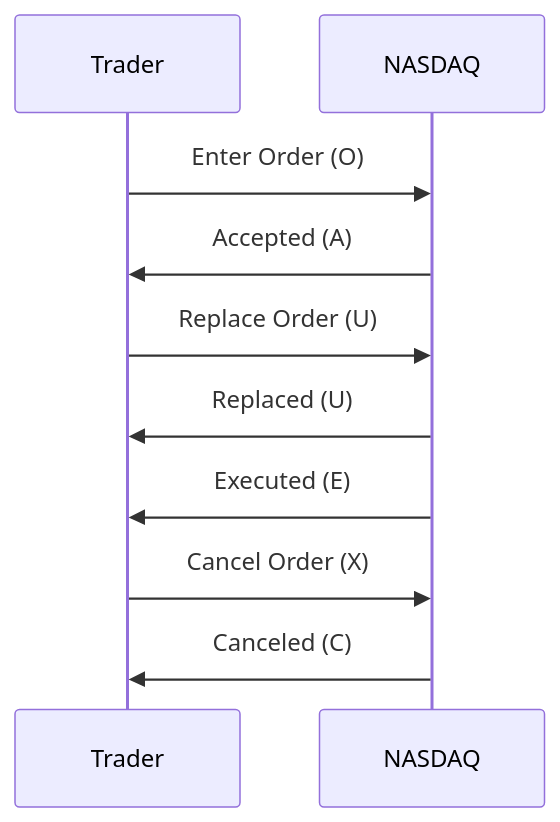
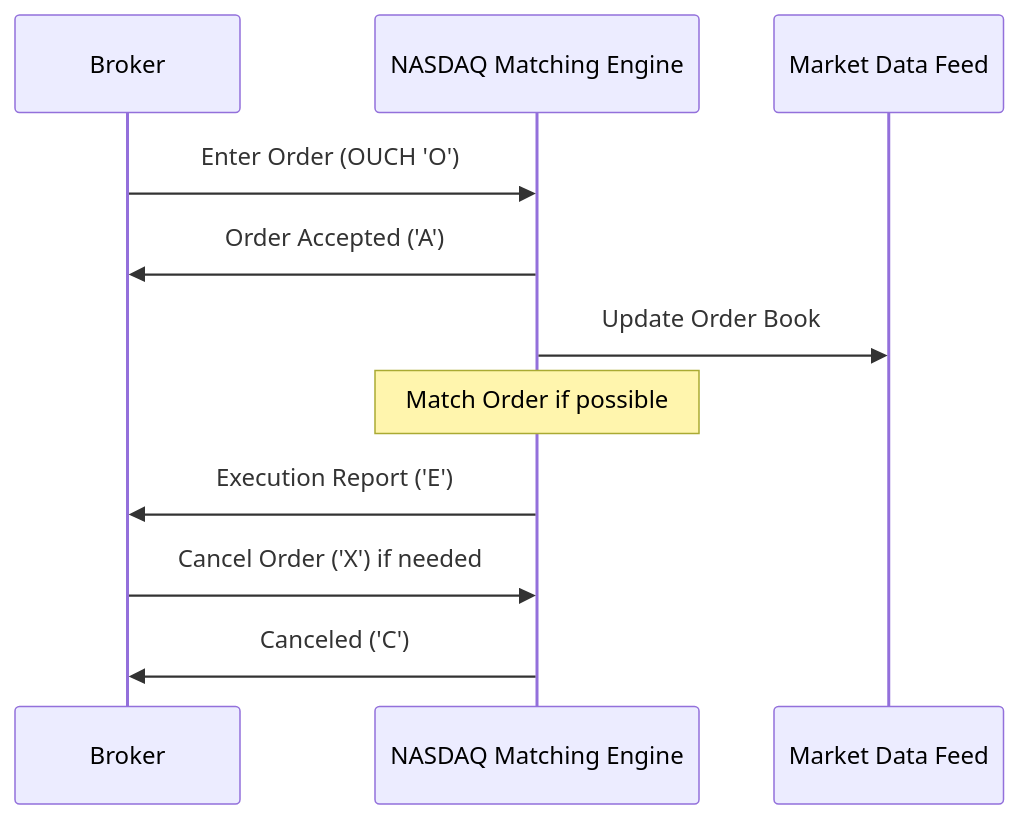
The diagram in trading/protocols/ouch-protocol/README.md (VrushankPatel/interview-matters), drawn with Mermaid before and after one commit. The commit also changed other lines of this file and 66 other files, not shown here.

Commit message:
kb: process 5 topics (fix-protocol, itch-protocol, ouch-protocol, market-data, order-entry-protocols) + restructure merges and link fixes

````diff
--- a/trading/protocols/ouch-protocol/README.md
+++ b/trading/protocols/ouch-protocol/README.md
@@ -60,13 +71,14 @@
 ```mermaid
 sequenceDiagram
-    participant Trader
-    participant NASDAQ
+    participant Broker
+    participant NASDAQ Matching Engine
+    participant Market Data Feed
 
-    Trader->>NASDAQ: Enter Order (O)
-    NASDAQ->>Trader: Accepted (A)
-    Trader->>NASDAQ: Replace Order (U)
-    NASDAQ->>Trader: Replaced (U)
-    NASDAQ->>Trader: Executed (E)
-    Trader->>NASDAQ: Cancel Order (X)
-    NASDAQ->>Trader: Canceled (C)
+    Broker->>NASDAQ Matching Engine: Enter Order (OUCH 'O')
+    NASDAQ Matching Engine->>Broker: Order Accepted ('A')
+    NASDAQ Matching Engine->>Market Data Feed: Update Order Book
+    Note over NASDAQ Matching Engine: Match Order if possible
+    NASDAQ Matching Engine->>Broker: Execution Report ('E')
+    Broker->>NASDAQ Matching Engine: Cancel Order ('X') if needed
+    NASDAQ Matching Engine->>Broker: Canceled ('C')
 ```
````
